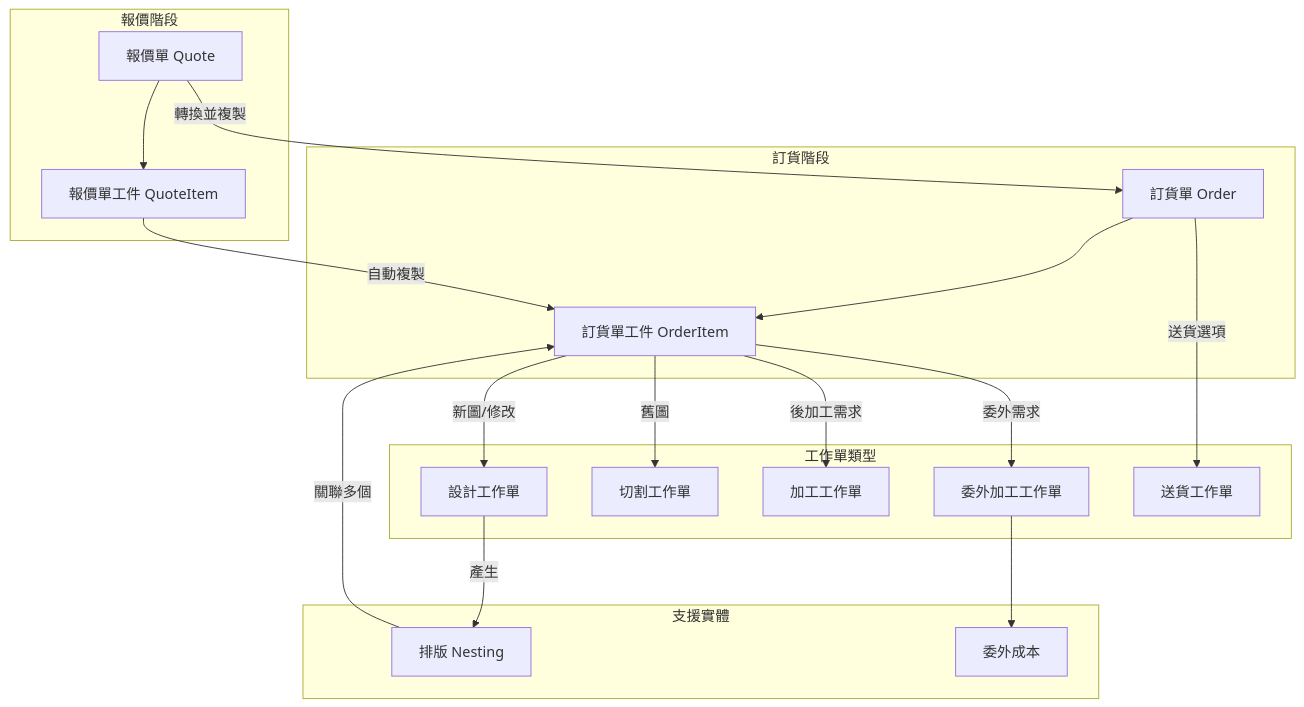
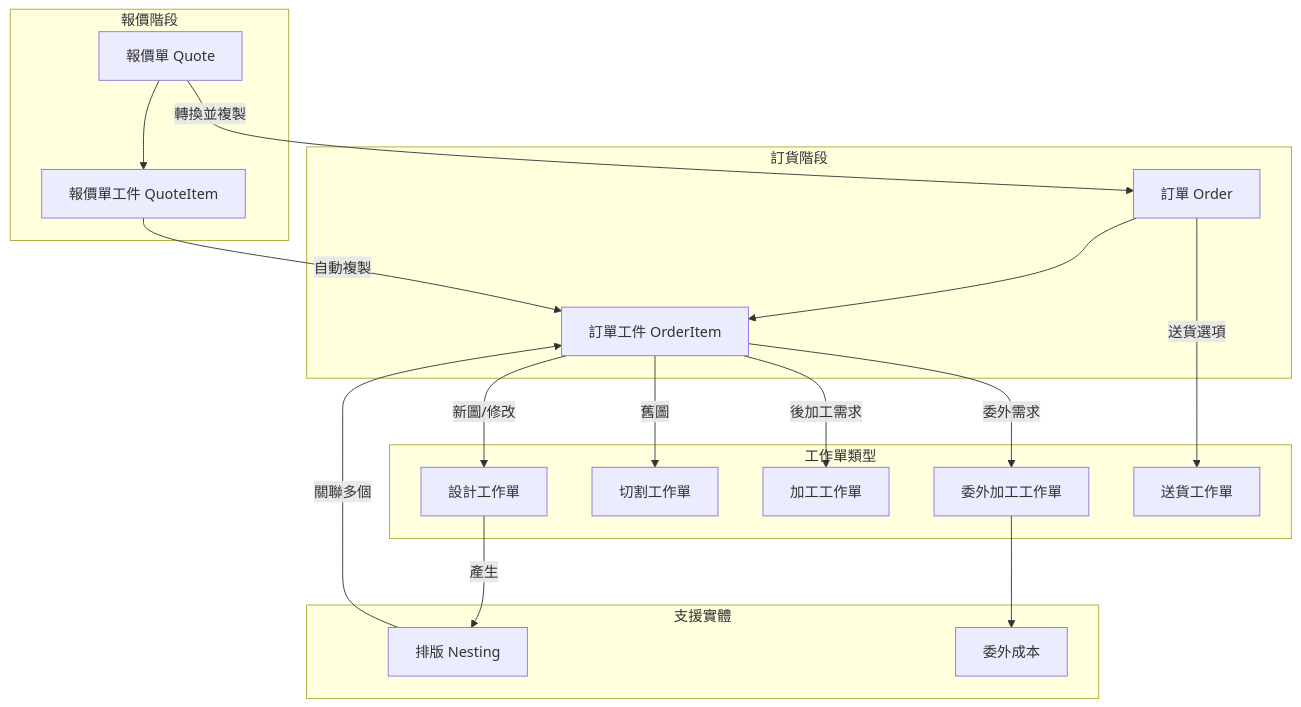
Before and after one commit to lutas2000/isin_nest: the diagram in .cursor/plans/crm_workflow_refactor_f3395ffd.plan.md, drawn with Mermaid. The commit also changed other lines of this file and 35 other files, not shown here.

````diff
--- a/.cursor/plans/crm_workflow_refactor_f3395ffd.plan.md
+++ b/.cursor/plans/crm_workflow_refactor_f3395ffd.plan.md
@@ -38,38 +38,38 @@
 ```mermaid
 flowchart TB
     subgraph QuotePhase[報價階段]
         Quote[報價單 Quote]
         QuoteItem[報價單工件 QuoteItem]
         Quote --> QuoteItem
     end
     
     subgraph OrderPhase[訂貨階段]
-        Order[訂貨單 Order]
-        OrderItem[訂貨單工件 OrderItem]
+        Order[訂單 Order]
+        OrderItem[訂單工件 OrderItem]
         Order --> OrderItem
     end
     
     subgraph WorkOrders[工作單類型]
         DesignWO[設計工作單]
         CuttingWO[切割工作單]
         ProcessingWO[加工工作單]
         OutsourcingWO[委外加工工作單]
         DeliveryWO[送貨工作單]
     end
     
     subgraph Supporting[支援實體]
         Nesting[排版 Nesting]
         OutsourcingCost[委外成本]
     end
     
     Quote -->|轉換並複製| Order
     QuoteItem -->|自動複製| OrderItem
     OrderItem -->|新圖/修改| DesignWO
     OrderItem -->|舊圖| CuttingWO
     OrderItem -->|後加工需求| ProcessingWO
     OrderItem -->|委外需求| OutsourcingWO
     Order -->|送貨選項| DeliveryWO
     DesignWO -->|產生| Nesting
     Nesting -->|關聯多個| OrderItem
     OutsourcingWO --> OutsourcingCost
 ```
````
